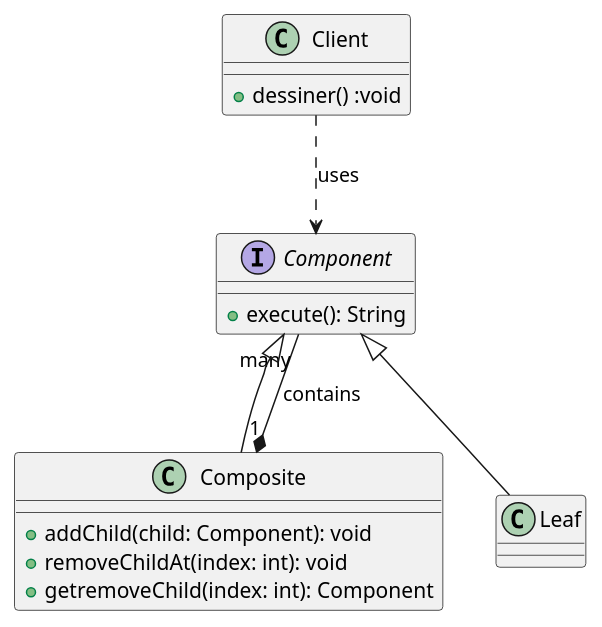
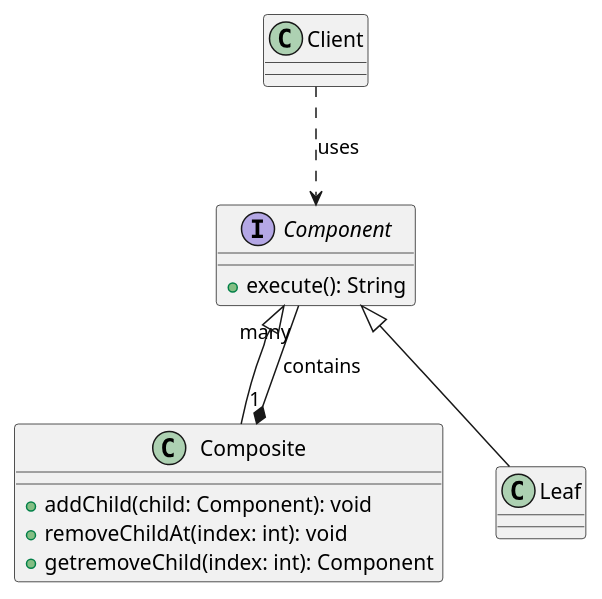
Before and after one commit to jandry/design-pattern: the diagram in src/uml/compositionGeneric.puml, drawn with PlantUML.

```diff
--- a/src/uml/compositionGeneric.puml
+++ b/src/uml/compositionGeneric.puml
@@ -1,21 +1,20 @@
 @startuml Composite
 class Client {
-     + dessiner() :void   
 }
 interface Component {
      + execute(): String
 }
 class Composite {
      + addChild(child: Component): void
      + removeChildAt(index: int): void
      + getremoveChild(index: int): Component     
 }
 class Leaf
 
 Client ..> Component : uses
 
 Composite "1" *-- "many" Component : contains
 
 Component <|-- Leaf
 Component <|-- Composite
 @enduml
```
